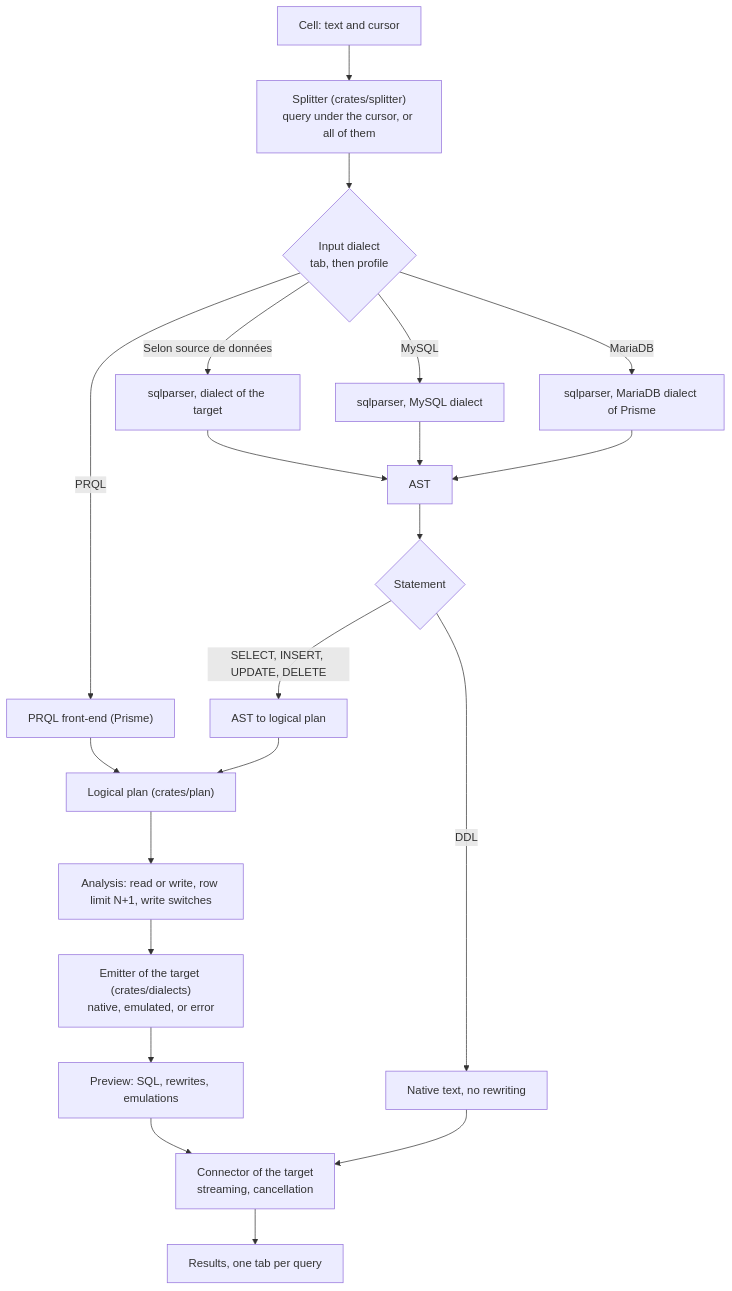
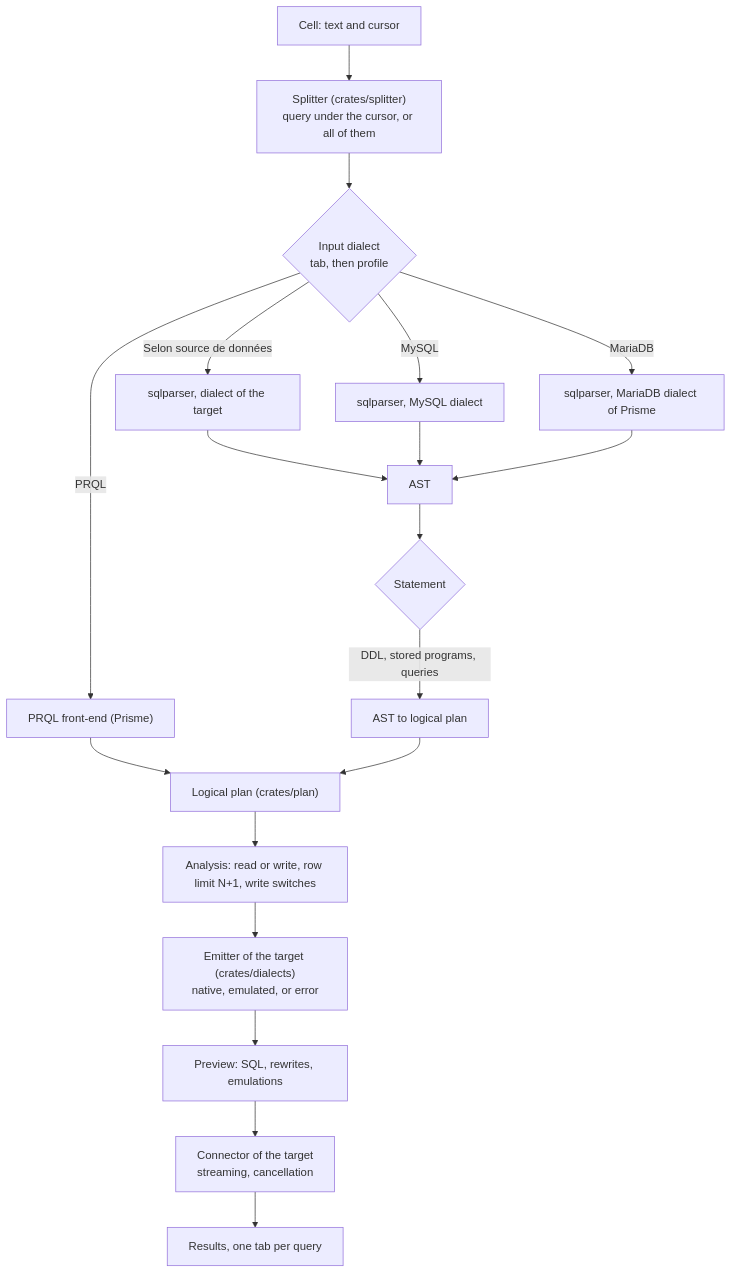
One commit to sfaut/prisme changed the diagram in docs/V1.md. Above: the diagram before and after it, drawn with Mermaid. The commit also changed other lines of this file and 1 other file, not shown here.

Commit message:
Route DDL and stored programs through the plan

````diff
--- a/docs/V1.md
+++ b/docs/V1.md
@@ -160,23 +160,21 @@
 ```mermaid
 flowchart TD
     A["Cell: text and cursor"] --> B["Splitter (crates/splitter)<br/>query under the cursor, or all of them"]
     B --> C{"Input dialect<br/>tab, then profile"}
     C -->|"Selon source de données"| D["sqlparser, dialect of the target"]
     C -->|"MySQL"| E["sqlparser, MySQL dialect"]
     C -->|"MariaDB"| F["sqlparser, MariaDB dialect of Prisme"]
     C -->|"PRQL"| G["PRQL front-end (Prisme)"]
     D --> H["AST"]
     E --> H
     F --> H
     H --> I{"Statement"}
-    I -->|"DDL"| J["Native text, no rewriting"]
-    I -->|"SELECT, INSERT, UPDATE, DELETE"| K["AST to logical plan"]
+    I -->|"DDL, stored programs, queries"| K["AST to logical plan"]
     G --> L["Logical plan (crates/plan)"]
     K --> L
     L --> M["Analysis: read or write, row limit N+1, write switches"]
     M --> P["Emitter of the target (crates/dialects)<br/>native, emulated, or error"]
     P --> Q["Preview: SQL, rewrites, emulations"]
     Q --> R["Connector of the target<br/>streaming, cancellation"]
-    J --> R
     R --> S["Results, one tab per query"]
 ```
````
